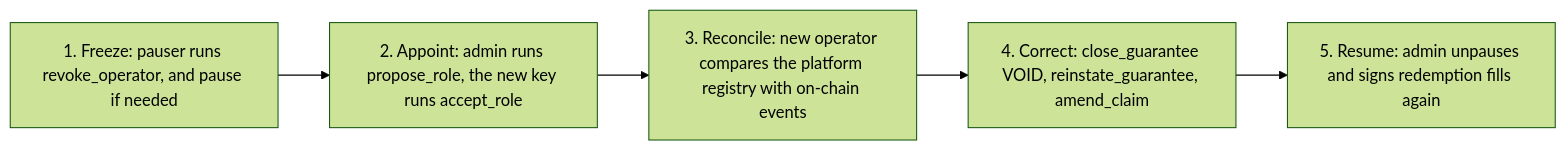
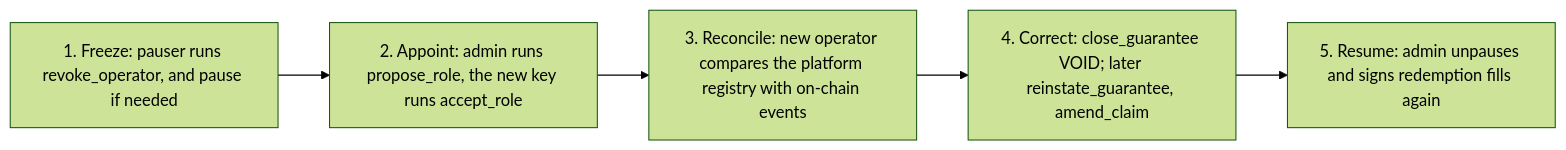
One commit to mutav-finance/mutav-protocol-solana changed the diagram in docs/architecture/roles-and-trust.md. Above: the diagram before and after it, drawn with Mermaid (forest theme). The commit also changed other lines of this file and 12 other files, not shown here.

First line of the commit message:
docs: align architecture and security pages with main

````diff
--- a/docs/architecture/roles-and-trust.md
+++ b/docs/architecture/roles-and-trust.md
@@ -119,7 +119,7 @@
 ```mermaid
 flowchart LR
   A["1. Freeze: pauser runs revoke_operator, and pause if needed"] --> B["2. Appoint: admin runs propose_role, the new key runs accept_role"]
   B --> C["3. Reconcile: new operator compares the platform registry with on-chain events"]
-  C --> D["4. Correct: close_guarantee VOID, reinstate_guarantee, amend_claim"]
+  C --> D["4. Correct: close_guarantee VOID; later reinstate_guarantee, amend_claim"]
   D --> E["5. Resume: admin unpauses and signs redemption fills again"]
 ```
````
